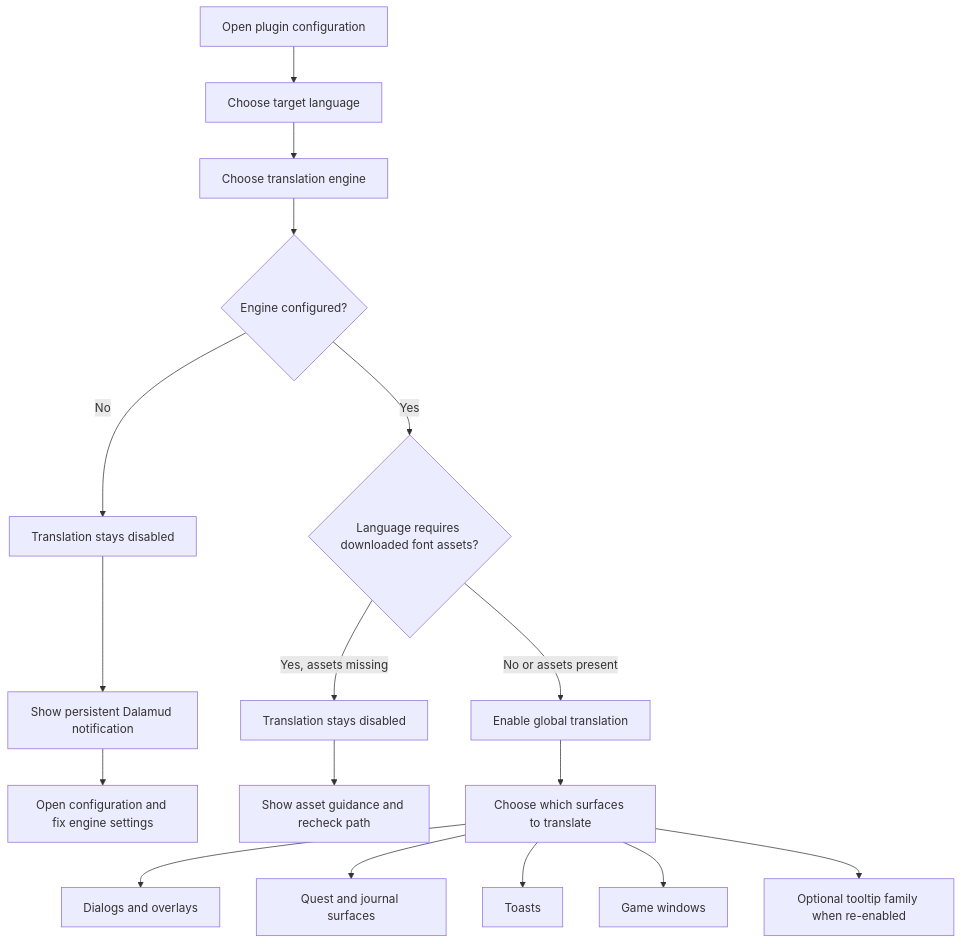
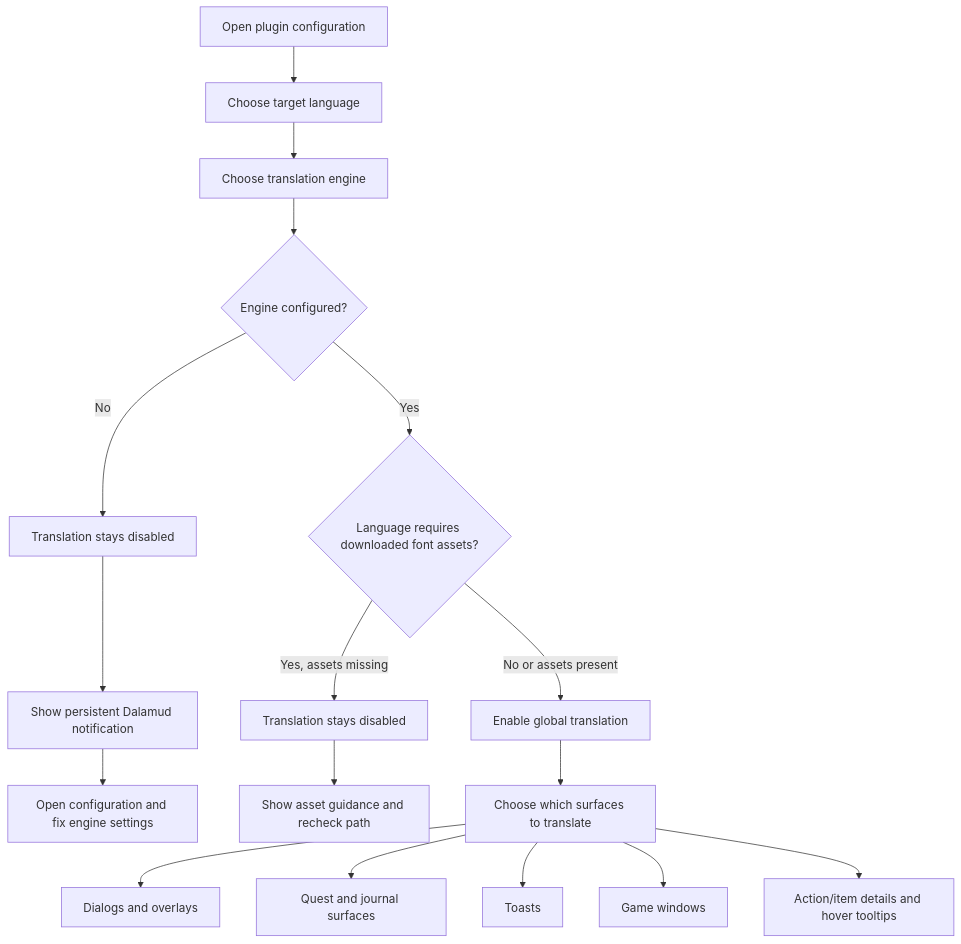
One commit to lokinmodar/Echoglossian changed the diagram in docs/translation-surface-support-matrix.md. Above: the diagram before and after it, drawn with Mermaid. The commit also changed other lines of this file and 10 other files, not shown here.

Commit message:
fix(#232): expose action item detail controls

````diff
--- a/docs/translation-surface-support-matrix.md
+++ b/docs/translation-surface-support-matrix.md
@@ -16,19 +16,19 @@
 ```mermaid
 flowchart TD
     A[Open plugin configuration] --> B[Choose target language]
     B --> C[Choose translation engine]
     C --> D{Engine configured?}
     D -- No --> E[Translation stays disabled]
     E --> E1[Show persistent Dalamud notification]
     E1 --> E2[Open configuration and fix engine settings]
     D -- Yes --> F{Language requires downloaded font assets?}
     F -- Yes, assets missing --> G[Translation stays disabled]
     G --> G1[Show asset guidance and recheck path]
     F -- No or assets present --> H[Enable global translation]
     H --> I[Choose which surfaces to translate]
     I --> J[Dialogs and overlays]
     I --> K[Quest and journal surfaces]
     I --> L[Toasts]
     I --> M[Game windows]
-    I --> N[Optional tooltip family when re-enabled]
+    I --> N[Action/item details and hover tooltips]
 ```
````
